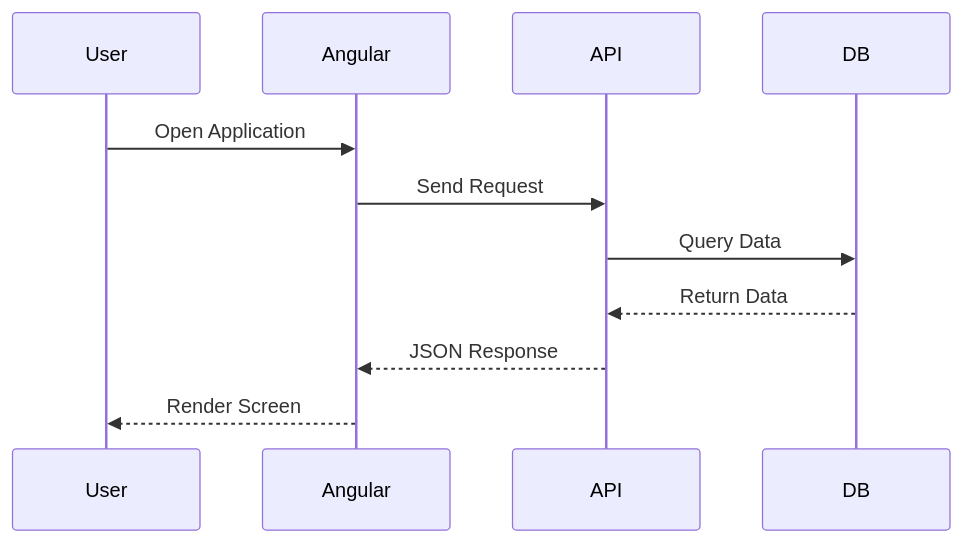
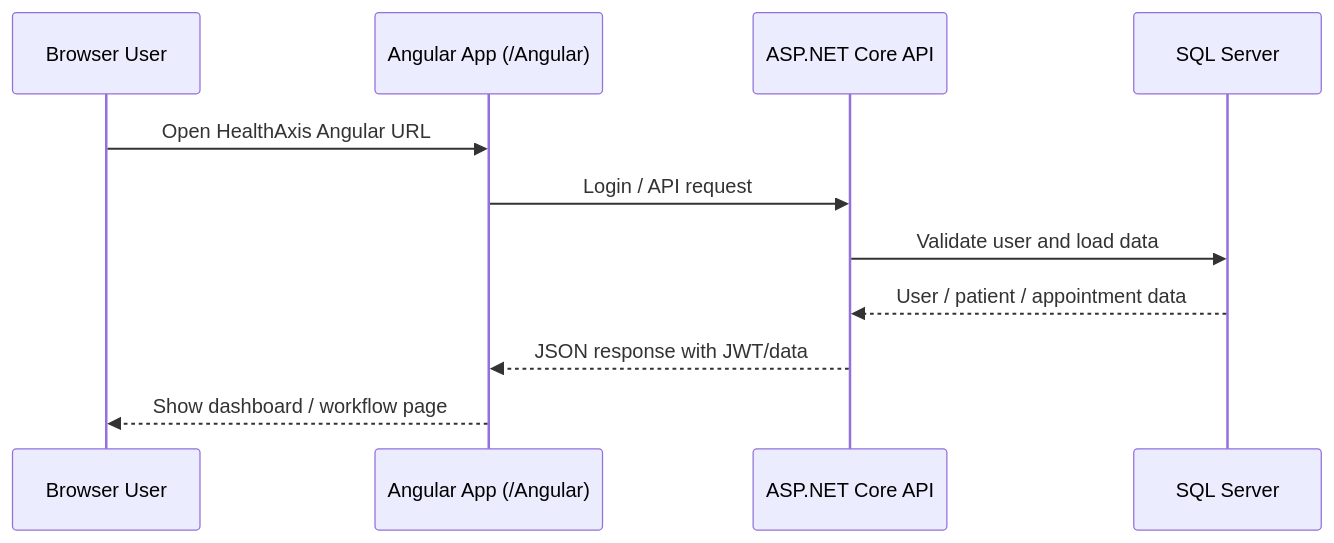
One commit to abhisheku-16/HealthAxis-app-aws changed the third of 6 diagrams in README.md. Above: the diagram before and after it, drawn with Mermaid. The commit also changed other lines of this file, not shown here.

````diff
--- a/README.md
+++ b/README.md
@@ -197,14 +219,15 @@
 ```mermaid
 sequenceDiagram
-    participant User
-    participant Angular
-    participant API
-    participant DB
+    participant User as Browser User
+    participant Angular as Angular App (/Angular)
+    participant API as ASP.NET Core API
+    participant DB as SQL Server
 
-    User->>Angular: Open Application
-    Angular->>API: Send Request
-    API->>DB: Query Data
-    DB-->>API: Return Data
-    API-->>Angular: JSON Response
-    Angular-->>User: Render Screen
+    User->>Angular: Open HealthAxis Angular URL
+    Angular->>API: Login / API request
+    API->>DB: Validate user and load data
+    DB-->>API: User / patient / appointment data
+    API-->>Angular: JSON response with JWT/data
+    Angular-->>User: Show dashboard / workflow page
+
 ```
````
